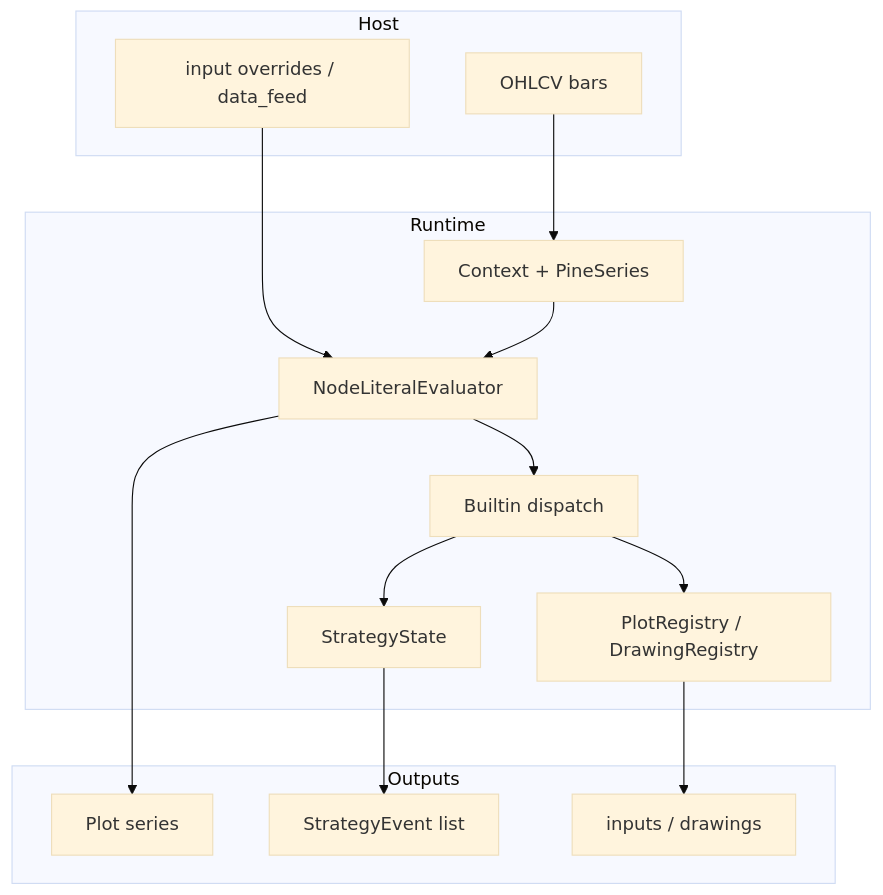
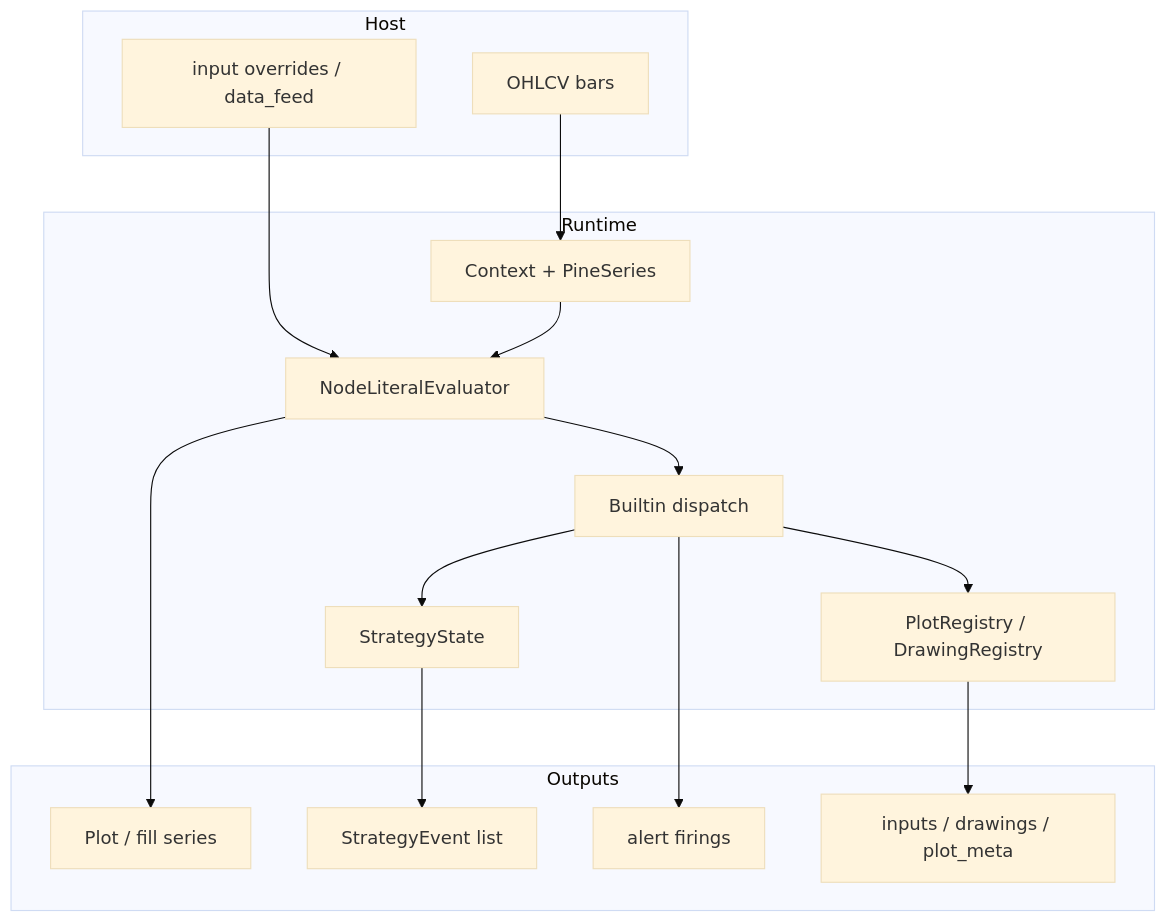
Before and after one commit to hoox-sh/pyne: the diagram in docs/pyne/runtime/index.mdx, drawn with Mermaid (base theme). The commit also changed other lines of this file and 33 other files, not shown here.

````diff
--- a/docs/pyne/runtime/index.mdx
+++ b/docs/pyne/runtime/index.mdx
@@ -35,28 +35,30 @@
 ```mermaid
 flowchart TB
   subgraph host [Host]
     OHLCV[OHLCV bars]
     IN[input overrides / data_feed]
   end
   subgraph runtime [Runtime]
     CTX[Context + PineSeries]
     EV[NodeLiteralEvaluator]
     BUILTIN[Builtin dispatch]
     STRAT[StrategyState]
     PLOT[PlotRegistry / DrawingRegistry]
   end
   subgraph out [Outputs]
-    SERIES[Plot series]
+    SERIES[Plot / fill series]
     EVENTS[StrategyEvent list]
-    META[inputs / drawings]
+    ALERTS[alert firings]
+    META[inputs / drawings / plot_meta]
   end
   OHLCV --> CTX
   IN --> EV
   CTX --> EV
   EV --> BUILTIN
   BUILTIN --> STRAT
   BUILTIN --> PLOT
   EV --> SERIES
   STRAT --> EVENTS
+  BUILTIN --> ALERTS
   PLOT --> META
 ```
````
